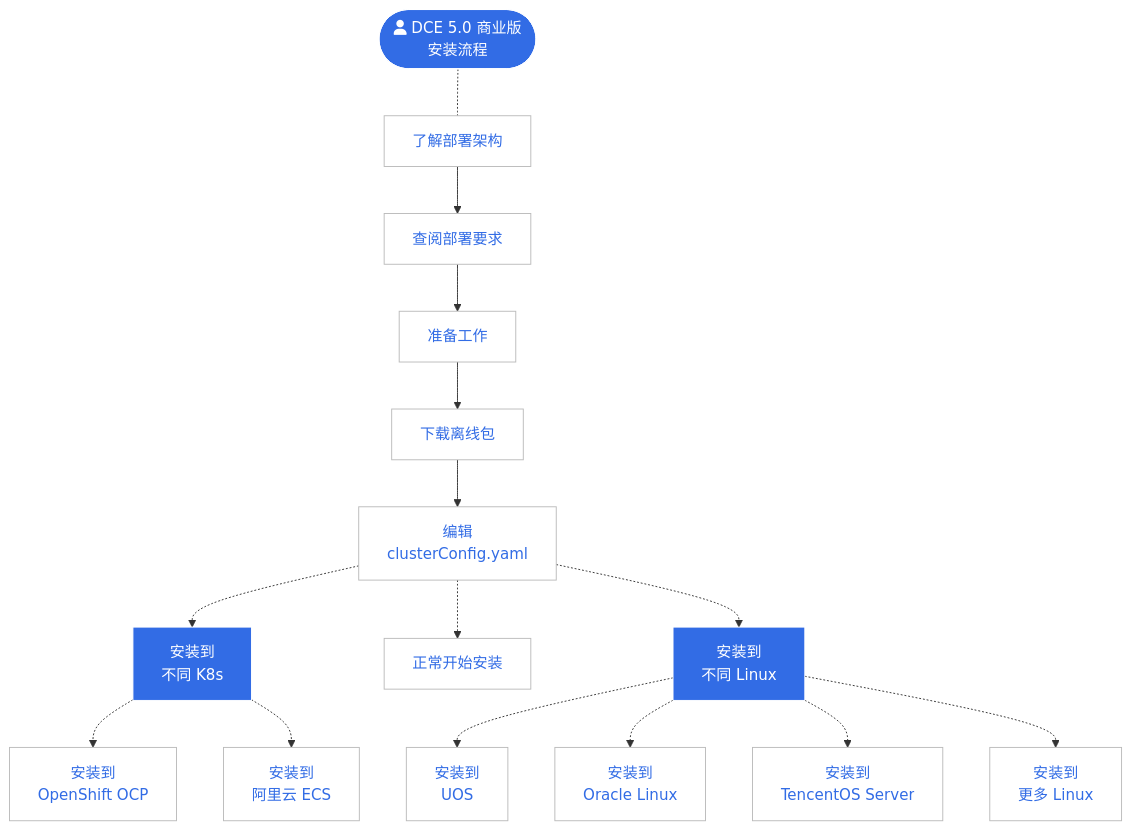
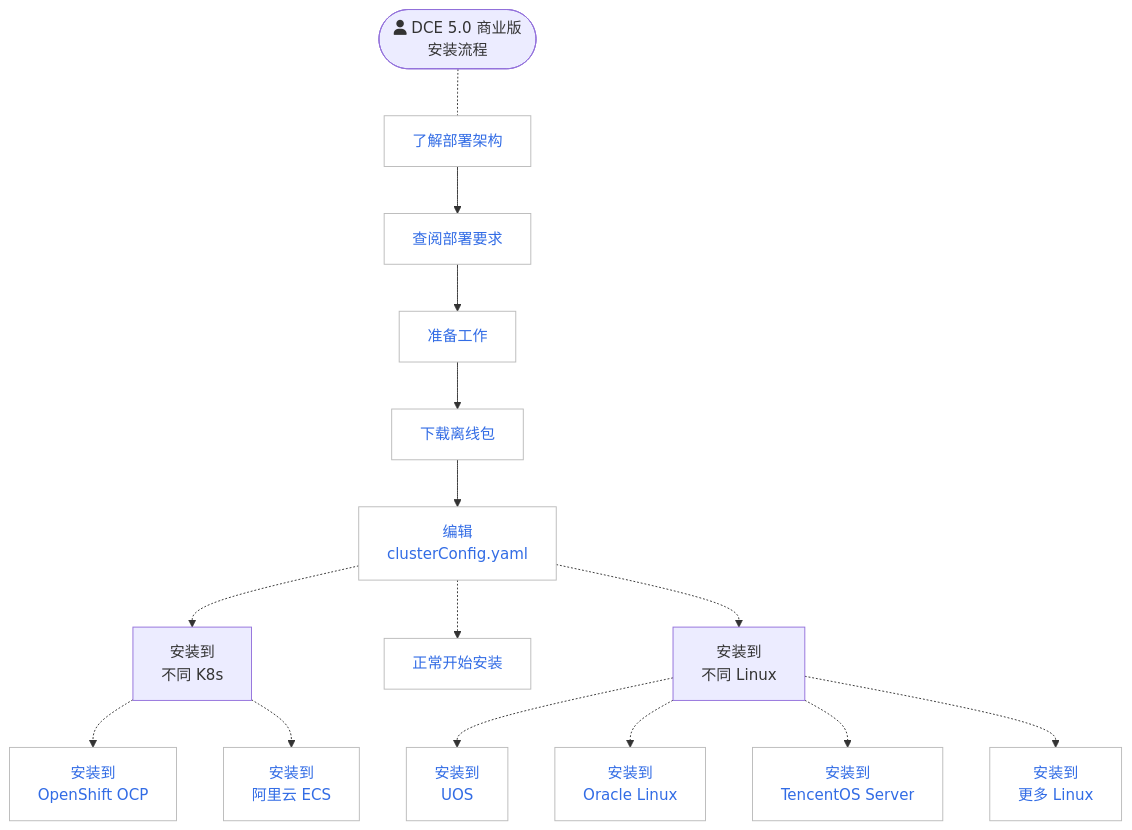
The second of 2 diagrams in docs/zh/docs/install/index.md (DaoCloud/DaoCloud-docs), drawn with Mermaid before and after one commit. The commit also changed other lines of this file and 24 other files, not shown here.

````diff
--- a/docs/zh/docs/install/index.md
+++ b/docs/zh/docs/install/index.md
@@ -115,45 +114,44 @@
 ```mermaid
 flowchart TB
 
     start([fa:fa-user DCE 5.0 商业版<br>安装流程]) -.- arch[了解部署架构]
     arch --> deploy[查阅部署要求]
     deploy --> prepare[准备工作]
     prepare --> download[下载离线包]
     download --> config[编辑<br>clusterConfig.yaml]
     
     config -.-> other-k8s[安装到<br>不同 K8s]
     config -.-> install[正常开始安装]
     config -.-> other-os[安装到<br>不同 Linux]
 
     other-k8s -.-> ocp[安装到<br>OpenShift OCP]
     other-k8s -.-> ali[安装到<br>阿里云 ECS]
 
     other-os -.-> uos[安装到<br>UOS]
     other-os -.-> oracle[安装到<br>Oracle Linux]
     other-os -.-> tencent[安装到<br>TencentOS Server]
     other-os -.-> other[安装到<br>更多 Linux]
 
 
 classDef grey fill:#dddddd,stroke:#ffffff,stroke-width:1px,color:#000000, font-size:15px;
 classDef white fill:#ffffff,stroke:#000,stroke-width:1px,color:#000,font-weight:bold
 classDef spacewhite fill:#ffffff,stroke:#fff,stroke-width:0px,color:#000
 classDef plain fill:#ddd,stroke:#fff,stroke-width:1px,color:#000;
 classDef k8s fill:#326ce5,stroke:#fff,stroke-width:1px,color:#fff;
 classDef cluster fill:#fff,stroke:#bbb,stroke-width:1px,color:#326ce5;
 
 class arch,deploy,prepare,download,config,install,ocp,ali,uos,oracle,tencent,other cluster
-class start,other-k8s,other-os k8s
 
 click arch "https://docs.daocloud.io/install/commercial/deploy-arch.html"
 click deploy "https://docs.daocloud.io/install/commercial/deploy-requirements.html"
 click prepare "https://docs.daocloud.io/install/commercial/prepare.html"
 click download "https://docs.daocloud.io/install/commercial/start-install.html#1"
 click config "https://docs.daocloud.io/install/commercial/start-install.html#2-clusterconfigyaml"
 click install "https://docs.daocloud.io/install/commercial/start-install.html#3"
 click ocp "https://docs.daocloud.io/install/k8s-install/ocp-install-dce5.0.html"
 click ali "https://docs.daocloud.io/install/k8s-install/ecs-install-dce5.0.html"
 click uos "https://docs.daocloud.io/install/os-install/uos-v20-install-dce5.0.html"
 click oracle "https://docs.daocloud.io/install/os-install/oracleLinux-install-dce5.0.html"
 click tencent "https://docs.daocloud.io/install/os-install/TencentOS-install-dce5.0.html"
 click other "https://docs.daocloud.io/install/os-install/otherlinux.html"
 ```
````
